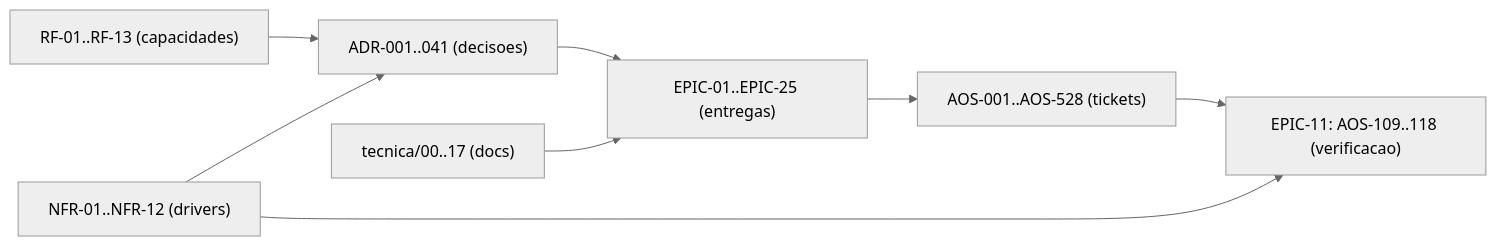
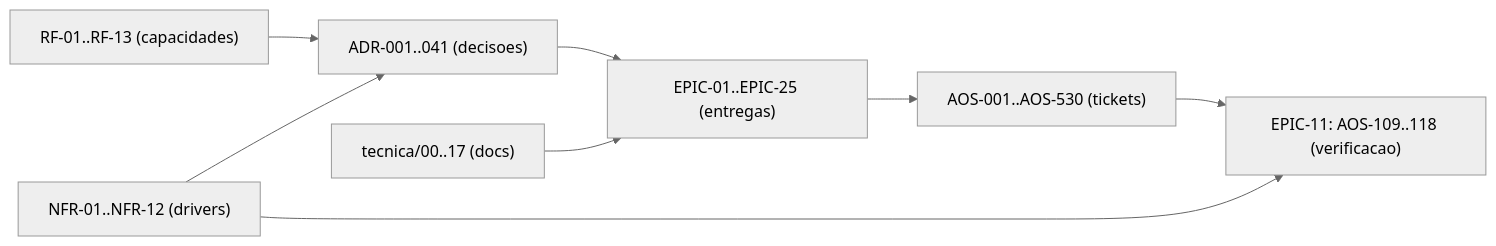
The diagram in tecnica/16_Rastreabilidade_RTM.md (albinoJimy/aos), drawn with Mermaid (neutral theme) before and after one commit. The commit also changed other lines of this file and 21 other files, not shown here.

````diff
--- a/tecnica/16_Rastreabilidade_RTM.md
+++ b/tecnica/16_Rastreabilidade_RTM.md
@@ -209,10 +209,10 @@
 ```mermaid
 flowchart LR
     RF["RF-01..RF-13 (capacidades)"] --> ADR["ADR-001..041 (decisoes)"]
     NFR["NFR-01..NFR-12 (drivers)"] --> ADR
     ADR --> EPIC["EPIC-01..EPIC-25 (entregas)"]
-    EPIC --> TICK["AOS-001..AOS-528 (tickets)"]
+    EPIC --> TICK["AOS-001..AOS-530 (tickets)"]
     DOC["tecnica/00..17 (docs)"] --> EPIC
     TICK --> TEST["EPIC-11: AOS-109..118 (verificacao)"]
     NFR --> TEST
 ```
````
